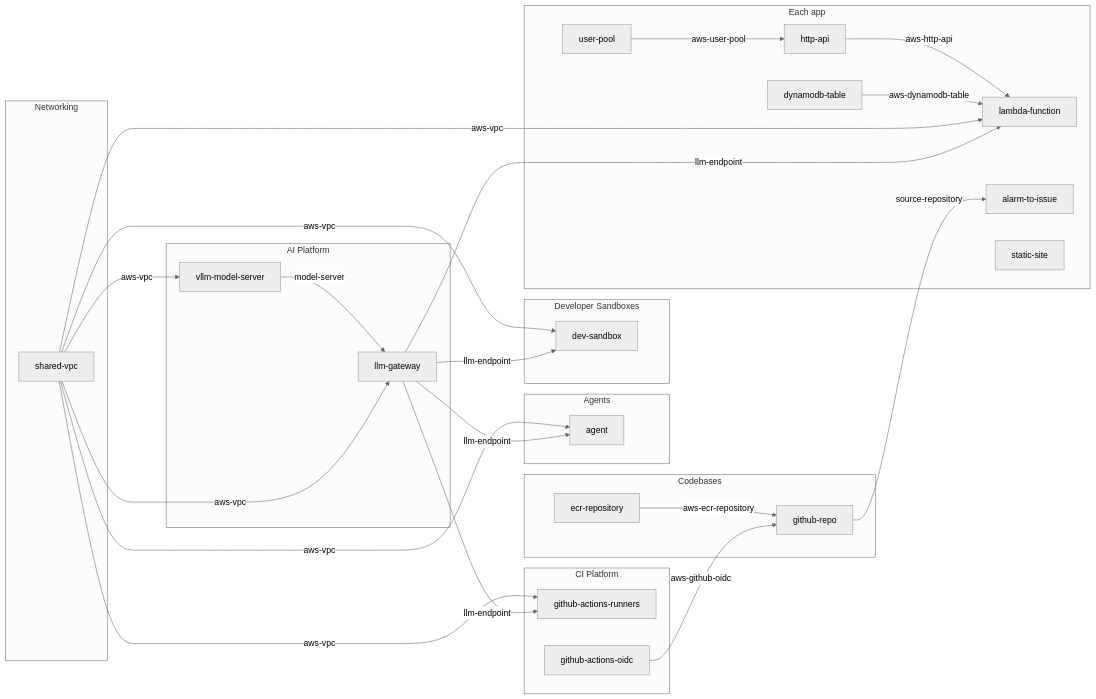
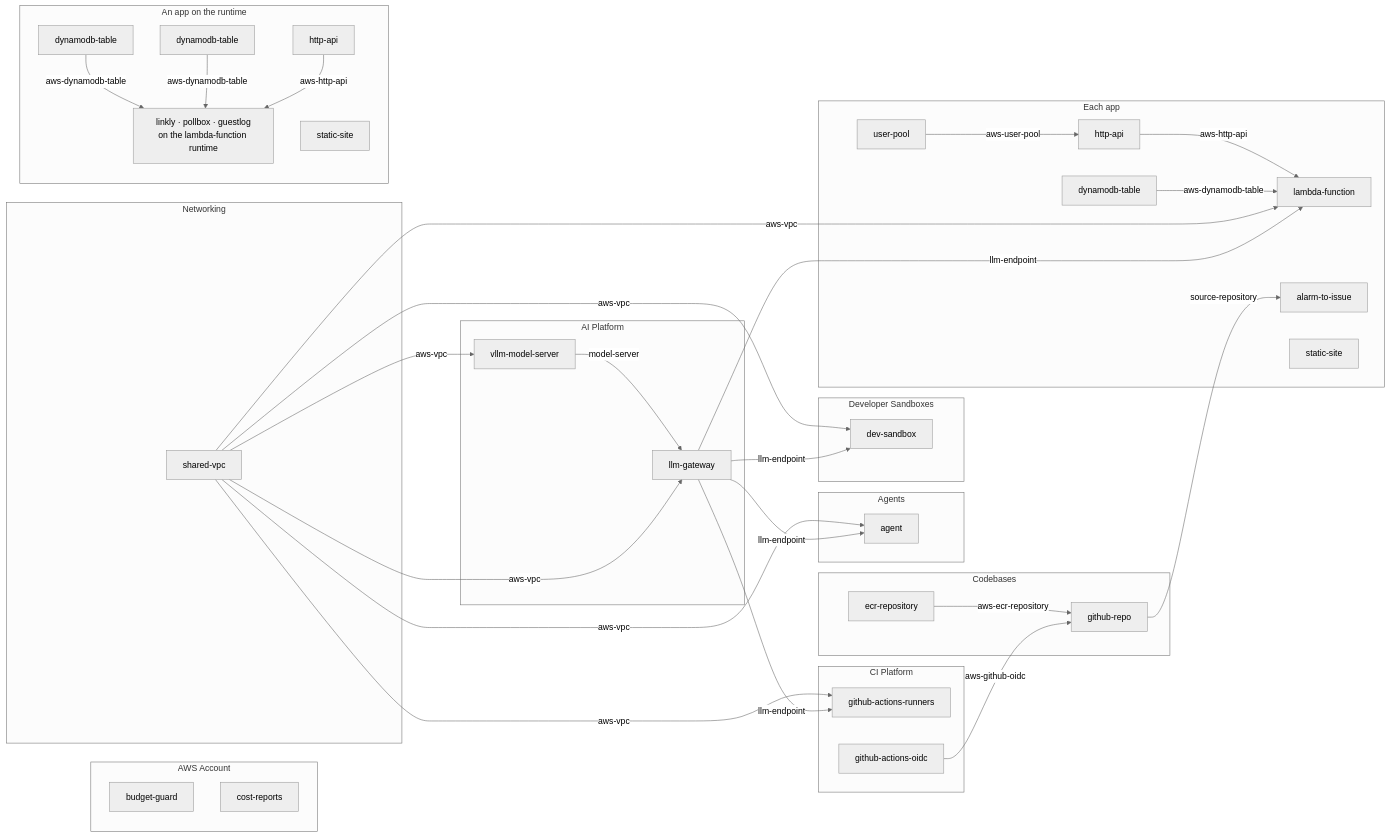
The diagram in README.md (massdriver-catalogs/aws-software-factory), drawn with Mermaid (neutral theme) before and after one commit. The commit also changed 2 other files, not shown here.

Commit message:
Show each app on the Lambda runtime in the architecture diagrams

````diff
--- a/README.md
+++ b/README.md
@@ -30,34 +30,44 @@
 ```mermaid
 flowchart LR
+  subgraph Account[AWS Account]
+    BG[budget-guard]
+    CR[cost-reports]
+  end
   subgraph Networking
     VPC[shared-vpc]
   end
   subgraph AI[AI Platform]
     VLLM[vllm-model-server] -->|model-server| GW[llm-gateway]
   end
   subgraph CI[CI Platform]
     RUN[github-actions-runners]
     OIDC[github-actions-oidc]
   end
   subgraph Agents
     AG[agent]
   end
   subgraph Sandboxes[Developer Sandboxes]
     SB[dev-sandbox]
   end
   subgraph Codebases
     ECR[ecr-repository] -->|aws-ecr-repository| REPO[github-repo]
   end
   subgraph App[Each app]
     UP[user-pool] -->|aws-user-pool| API[http-api]
     API -->|aws-http-api| FN[lambda-function]
     DDB[dynamodb-table] -->|aws-dynamodb-table| FN
     A2I[alarm-to-issue]
     WEB[static-site]
   end
+  subgraph Apps[An app on the runtime]
+    T1[dynamodb-table] -->|aws-dynamodb-table| APPL["linkly · pollbox · guestlog<br/>on the lambda-function runtime"]
+    T2[dynamodb-table] -->|aws-dynamodb-table| APPL
+    API2[http-api] -->|aws-http-api| APPL
+    WEB2[static-site]
+  end
 
   VPC -->|aws-vpc| GW & VLLM & SB & RUN & AG & FN
   GW -->|llm-endpoint| RUN & SB & AG & FN
   OIDC -->|aws-github-oidc| REPO
   REPO -->|source-repository| A2I
 ```
````
